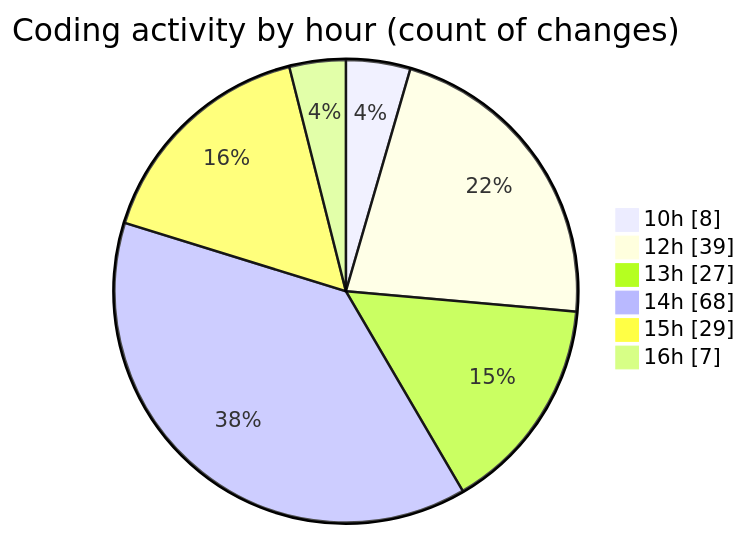
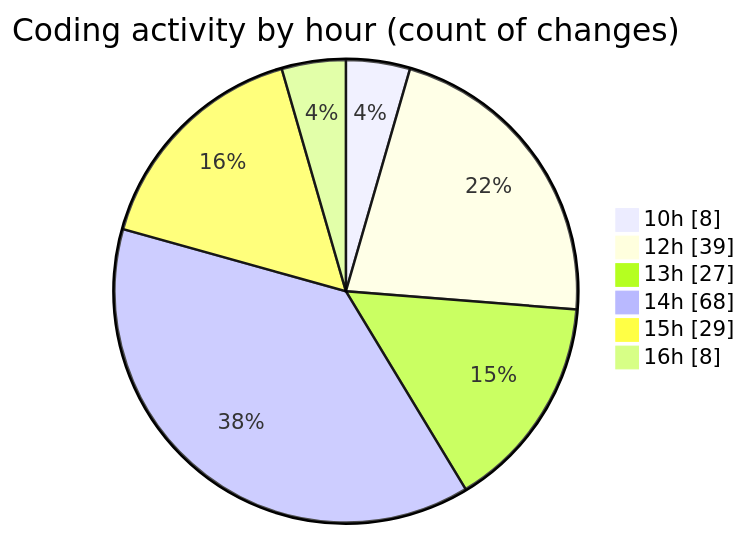
Before and after one commit to momahboobian/code-tracking: the second of 2 diagrams in 2025-05-02/cda/README.md, drawn with Mermaid. The commit also changed other lines of this file and 1 other file, not shown here.

````diff
--- a/2025-05-02/cda/README.md
+++ b/2025-05-02/cda/README.md
@@ -49,10 +49,10 @@
 ```mermaid
 pie showData
 title Coding activity by hour (count of changes)
 "10h" : 8
 "12h" : 39
 "13h" : 27
 "14h" : 68
 "15h" : 29
-"16h" : 7
+"16h" : 8
 ```
````
